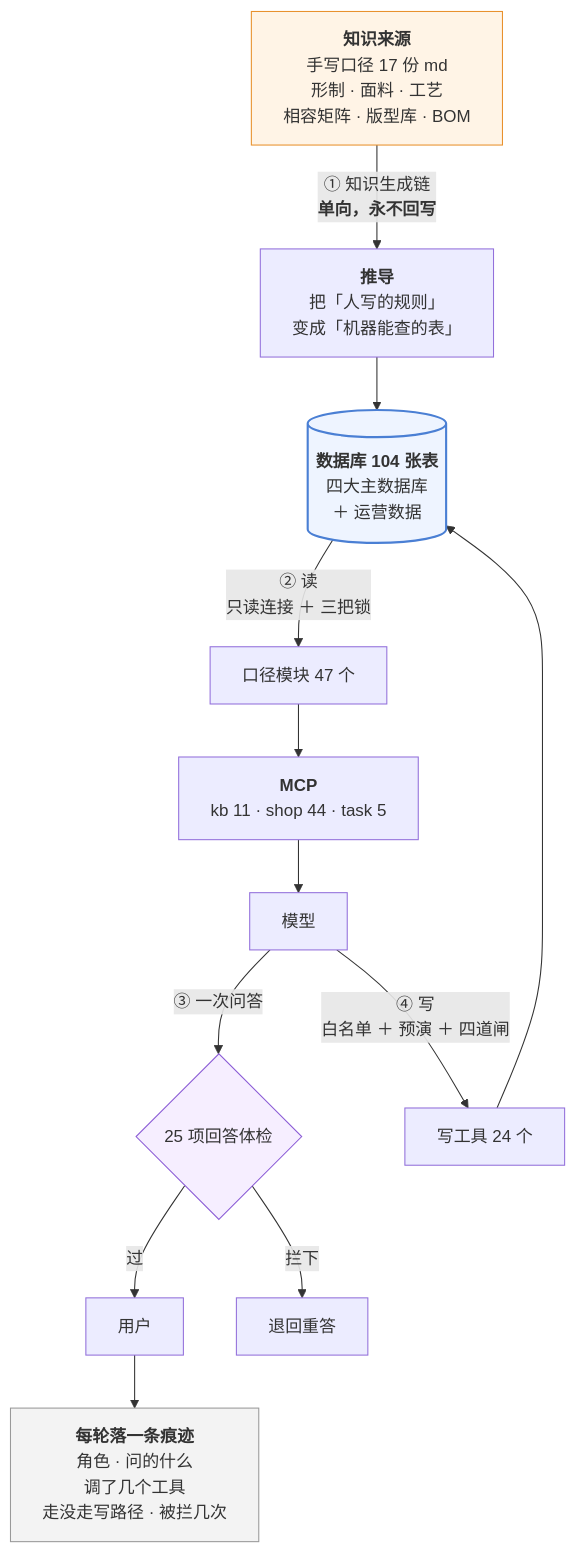
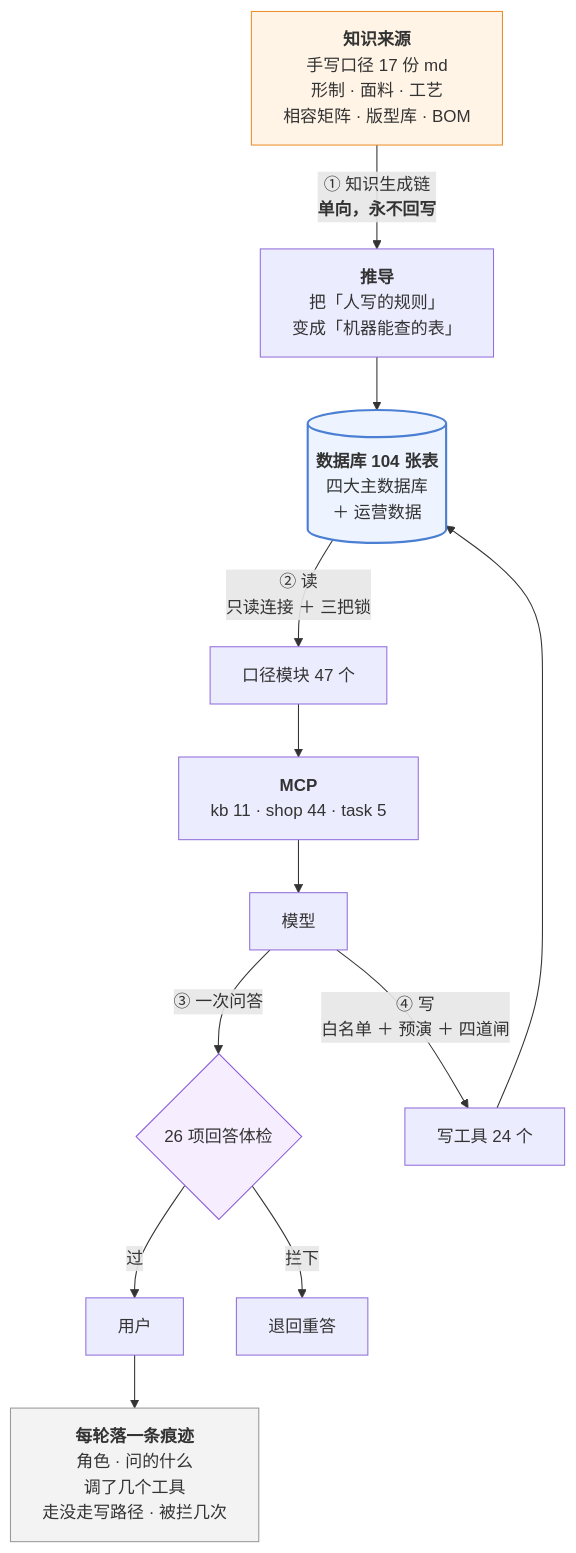
Before and after one commit to 843773296-rgb/lanxiu-yunshang-agent: the third of 3 diagrams in 澜绣云裳agent-产品说明.md, drawn with Mermaid. The commit also changed other lines of this file and 11 other files, not shown here.

````diff
--- a/澜绣云裳agent-产品说明.md
+++ b/澜绣云裳agent-产品说明.md
@@ -940,24 +940,24 @@
 ```mermaid
 flowchart TD
     MD["<b>知识来源</b><br/>手写口径 17 份 md<br/>形制 · 面料 · 工艺<br/>相容矩阵 · 版型库 · BOM"]
     MD -->|"① 知识生成链<br/><b>单向，永不回写</b>"| DV["<b>推导</b><br/>把「人写的规则」<br/>变成「机器能查的表」"]
     DV --> DB[("<b>数据库 104 张表</b><br/>四大主数据库<br/>＋ 运营数据")]
 
     DB -->|"② 读<br/>只读连接 ＋ 三把锁"| KJ["口径模块 47 个"]
     KJ --> MCP["<b>MCP</b><br/>kb 11 · shop 44 · task 5"]
     MCP --> LLM["模型"]
 
-    LLM -->|"③ 一次问答"| GD{"25 项回答体检"}
+    LLM -->|"③ 一次问答"| GD{"26 项回答体检"}
     GD -- 过 --> U["用户"]
     GD -- 拦下 --> RE["退回重答"]
 
     LLM -->|"④ 写<br/>白名单 ＋ 预演 ＋ 四道闸"| W["写工具 24 个"]
     W --> DB
 
     U --> TR["<b>每轮落一条痕迹</b><br/>角色 · 问的什么<br/>调了几个工具<br/>走没走写路径 · 被拦几次"]
 
     style MD fill:#fff4e6,stroke:#e8912d
     style DB fill:#eef4ff,stroke:#4a7fd4,stroke-width:2px
     style GD fill:#f6eeff,stroke:#8b5cd6
     style TR fill:#f3f3f3,stroke:#999
 ```
````
